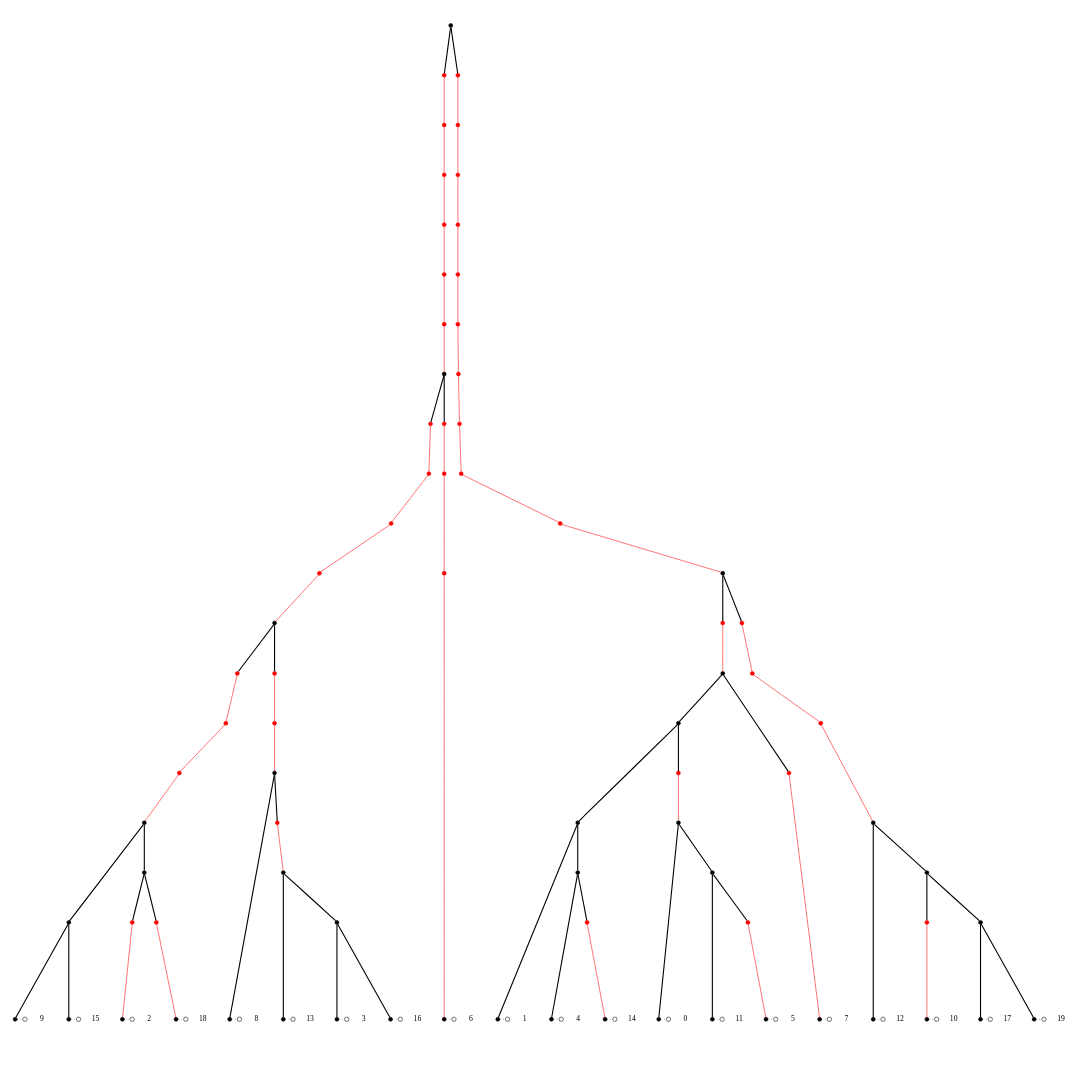
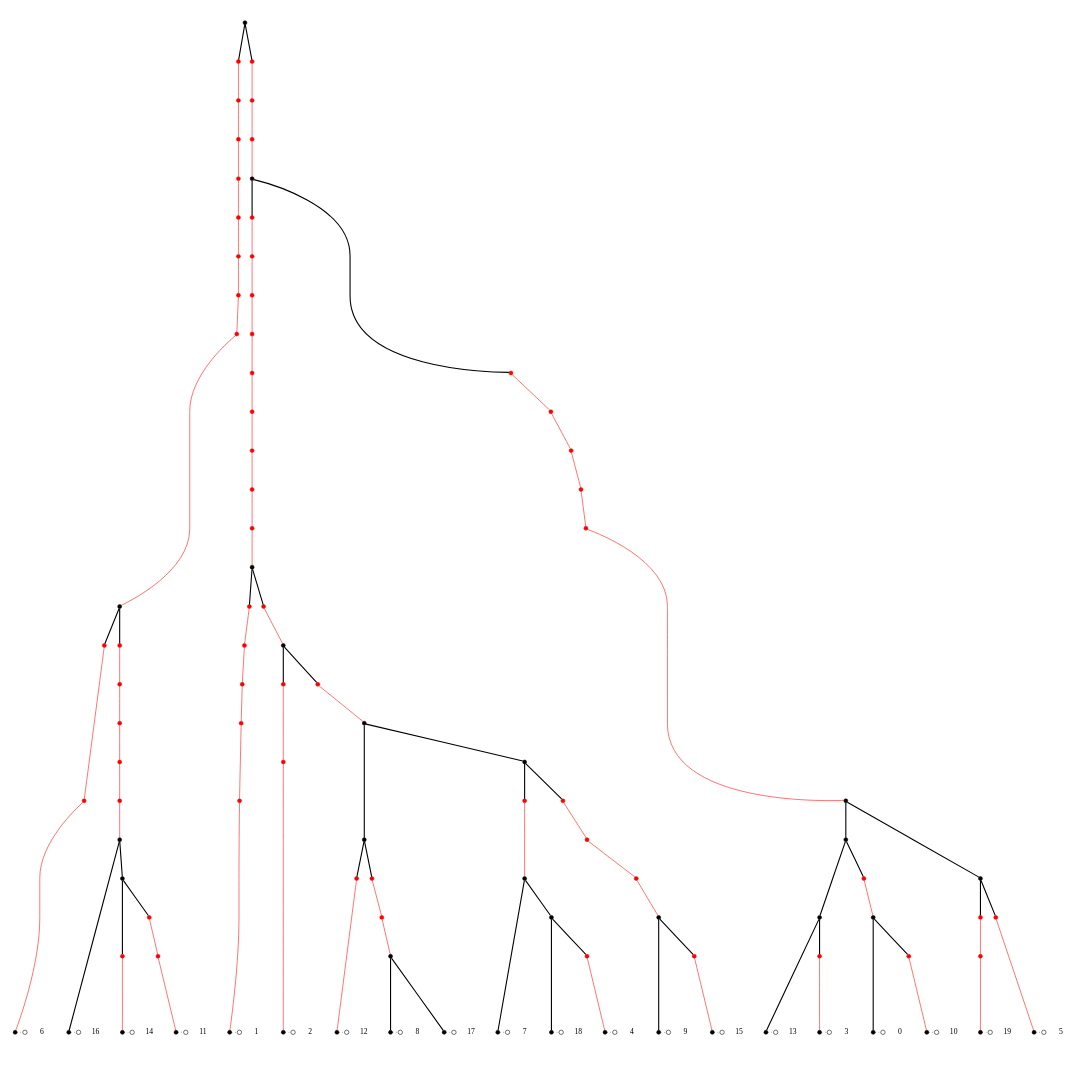
The diagram in raw_data/testAlignments2/SimBac_20_1300_0_0.01_0.01_NA_NA_NA_external_3/ancestralRecombinationGraph.gv (caitlinch/treelikeness), drawn with Graphviz before and after one commit. The commit also changed 8883 other files, not shown here.

```diff
--- a/raw_data/testAlignments2/SimBac_20_1300_0_0.01_0.01_NA_NA_NA_external_3/ancestralRecombinationGraph.gv
+++ b/raw_data/testAlignments2/SimBac_20_1300_0_0.01_0.01_NA_NA_NA_external_3/ancestralRecombinationGraph.gv
@@ -2,220 +2,258 @@
 edge[arrowhead=none];
 {rank=same;1[shape=point] 2[shape=point] 3[shape=point] 4[shape=point] 5[shape=point] 6[shape=point] 7[shape=point] 8[shape=point] 9[shape=point] 10[shape=point] 11[shape=point] 12[shape=point] 13[shape=point] 14[shape=point] 15[shape=point] 16[shape=point] 17[shape=point] 18[shape=point] 19[shape=point] 20[shape=point] }
 1[shape=point,width=0.10,height=0.10]
-1->80[style=dotted,arrowhead=odot,arrowsize=1];
-80[shape=plaintext,label="0"];
-{rank=same; 1;80}
+1->99[style=dotted,arrowhead=odot,arrowsize=1];
+99[shape=plaintext,label="0"];
+{rank=same; 1;99}
 2[shape=point,width=0.10,height=0.10]
-2->81[style=dotted,arrowhead=odot,arrowsize=1];
-81[shape=plaintext,label="1"];
-{rank=same; 2;81}
+2->100[style=dotted,arrowhead=odot,arrowsize=1];
+100[shape=plaintext,label="1"];
+{rank=same; 2;100}
 3[shape=point,width=0.10,height=0.10]
-3->82[style=dotted,arrowhead=odot,arrowsize=1];
-82[shape=plaintext,label="2"];
-{rank=same; 3;82}
+3->101[style=dotted,arrowhead=odot,arrowsize=1];
+101[shape=plaintext,label="2"];
+{rank=same; 3;101}
 4[shape=point,width=0.10,height=0.10]
-4->83[style=dotted,arrowhead=odot,arrowsize=1];
-83[shape=plaintext,label="3"];
-{rank=same; 4;83}
+4->102[style=dotted,arrowhead=odot,arrowsize=1];
+102[shape=plaintext,label="3"];
+{rank=same; 4;102}
 5[shape=point,width=0.10,height=0.10]
-5->84[style=dotted,arrowhead=odot,arrowsize=1];
-84[shape=plaintext,label="4"];
-{rank=same; 5;84}
+5->103[style=dotted,arrowhead=odot,arrowsize=1];
+103[shape=plaintext,label="4"];
+{rank=same; 5;103}
 6[shape=point,width=0.10,height=0.10]
-6->85[style=dotted,arrowhead=odot,arrowsize=1];
-85[shape=plaintext,label="5"];
-{rank=same; 6;85}
+6->104[style=dotted,arrowhead=odot,arrowsize=1];
+104[shape=plaintext,label="5"];
+{rank=same; 6;104}
 7[shape=point,width=0.10,height=0.10]
-7->86[style=dotted,arrowhead=odot,arrowsize=1];
-86[shape=plaintext,label="6"];
-{rank=same; 7;86}
+7->105[style=dotted,arrowhead=odot,arrowsize=1];
+105[shape=plaintext,label="6"];
+{rank=same; 7;105}
 8[shape=point,width=0.10,height=0.10]
-8->87[style=dotted,arrowhead=odot,arrowsize=1];
-87[shape=plaintext,label="7"];
-{rank=same; 8;87}
+8->106[style=dotted,arrowhead=odot,arrowsize=1];
+106[shape=plaintext,label="7"];
+{rank=same; 8;106}
 9[shape=point,width=0.10,height=0.10]
-9->88[style=dotted,arrowhead=odot,arrowsize=1];
-88[shape=plaintext,label="8"];
-{rank=same; 9;88}
+9->107[style=dotted,arrowhead=odot,arrowsize=1];
+107[shape=plaintext,label="8"];
+{rank=same; 9;107}
 10[shape=point,width=0.10,height=0.10]
-10->89[style=dotted,arrowhead=odot,arrowsize=1];
-89[shape=plaintext,label="9"];
-{rank=same; 10;89}
+10->108[style=dotted,arrowhead=odot,arrowsize=1];
+108[shape=plaintext,label="9"];
+{rank=same; 10;108}
 11[shape=point,width=0.10,height=0.10]
-11->90[style=dotted,arrowhead=odot,arrowsize=1];
-90[shape=plaintext,label="10"];
-{rank=same; 11;90}
+11->109[style=dotted,arrowhead=odot,arrowsize=1];
+109[shape=plaintext,label="10"];
+{rank=same; 11;109}
 12[shape=point,width=0.10,height=0.10]
-12->91[style=dotted,arrowhead=odot,arrowsize=1];
-91[shape=plaintext,label="11"];
-{rank=same; 12;91}
+12->110[style=dotted,arrowhead=odot,arrowsize=1];
+110[shape=plaintext,label="11"];
+{rank=same; 12;110}
 13[shape=point,width=0.10,height=0.10]
-13->92[style=dotted,arrowhead=odot,arrowsize=1];
-92[shape=plaintext,label="12"];
-{rank=same; 13;92}
+13->111[style=dotted,arrowhead=odot,arrowsize=1];
+111[shape=plaintext,label="12"];
+{rank=same; 13;111}
 14[shape=point,width=0.10,height=0.10]
-14->93[style=dotted,arrowhead=odot,arrowsize=1];
-93[shape=plaintext,label="13"];
-{rank=same; 14;93}
+14->112[style=dotted,arrowhead=odot,arrowsize=1];
+112[shape=plaintext,label="13"];
+{rank=same; 14;112}
 15[shape=point,width=0.10,height=0.10]
-15->94[style=dotted,arrowhead=odot,arrowsize=1];
-94[shape=plaintext,label="14"];
-{rank=same; 15;94}
+15->113[style=dotted,arrowhead=odot,arrowsize=1];
+113[shape=plaintext,label="14"];
+{rank=same; 15;113}
 16[shape=point,width=0.10,height=0.10]
-16->95[style=dotted,arrowhead=odot,arrowsize=1];
-95[shape=plaintext,label="15"];
-{rank=same; 16;95}
+16->114[style=dotted,arrowhead=odot,arrowsize=1];
+114[shape=plaintext,label="15"];
+{rank=same; 16;114}
 17[shape=point,width=0.10,height=0.10]
-17->96[style=dotted,arrowhead=odot,arrowsize=1];
-96[shape=plaintext,label="16"];
-{rank=same; 17;96}
+17->115[style=dotted,arrowhead=odot,arrowsize=1];
+115[shape=plaintext,label="16"];
+{rank=same; 17;115}
 18[shape=point,width=0.10,height=0.10]
-18->97[style=dotted,arrowhead=odot,arrowsize=1];
-97[shape=plaintext,label="17"];
-{rank=same; 18;97}
+18->116[style=dotted,arrowhead=odot,arrowsize=1];
+116[shape=plaintext,label="17"];
+{rank=same; 18;116}
 19[shape=point,width=0.10,height=0.10]
-19->98[style=dotted,arrowhead=odot,arrowsize=1];
-98[shape=plaintext,label="18"];
-{rank=same; 19;98}
+19->117[style=dotted,arrowhead=odot,arrowsize=1];
+117[shape=plaintext,label="18"];
+{rank=same; 19;117}
 20[shape=point,width=0.10,height=0.10]
-20->99[style=dotted,arrowhead=odot,arrowsize=1];
-99[shape=plaintext,label="19"];
-{rank=same; 20;99}
+20->118[style=dotted,arrowhead=odot,arrowsize=1];
+118[shape=plaintext,label="19"];
+{rank=same; 20;118}
 21[shape=point,width=0.10,height=0.10,color=red]
-22[shape=point,width=0.10,height=0.10]
-23[shape=point,width=0.10,height=0.10,color=red]
+22[shape=point,width=0.10,height=0.10,color=red]
+23[shape=point,width=0.10,height=0.10]
 24[shape=point,width=0.10,height=0.10,color=red]
 25[shape=point,width=0.10,height=0.10]
-26[shape=point,width=0.10,height=0.10]
+26[shape=point,width=0.10,height=0.10,color=red]
 27[shape=point,width=0.10,height=0.10,color=red]
-28[shape=point,width=0.10,height=0.10,color=red]
+28[shape=point,width=0.10,height=0.10]
 29[shape=point,width=0.10,height=0.10]
-30[shape=point,width=0.10,height=0.10]
-31[shape=point,width=0.10,height=0.10]
-32[shape=point,width=0.10,height=0.10]
-33[shape=point,width=0.10,height=0.10,color=red]
-34[shape=point,width=0.10,height=0.10]
-35[shape=point,width=0.10,height=0.10]
+30[shape=point,width=0.10,height=0.10,color=red]
+31[shape=point,width=0.10,height=0.10,color=red]
+32[shape=point,width=0.10,height=0.10,color=red]
+33[shape=point,width=0.10,height=0.10]
+34[shape=point,width=0.10,height=0.10,color=red]
+35[shape=point,width=0.10,height=0.10,color=red]
 36[shape=point,width=0.10,height=0.10,color=red]
-37[shape=point,width=0.10,height=0.10]
-38[shape=point,width=0.10,height=0.10]
-39[shape=point,width=0.10,height=0.10,color=red]
+37[shape=point,width=0.10,height=0.10,color=red]
+38[shape=point,width=0.10,height=0.10,color=red]
+39[shape=point,width=0.10,height=0.10]
 40[shape=point,width=0.10,height=0.10,color=red]
 41[shape=point,width=0.10,height=0.10,color=red]
-42[shape=point,width=0.10,height=0.10]
+42[shape=point,width=0.10,height=0.10,color=red]
 43[shape=point,width=0.10,height=0.10,color=red]
 44[shape=point,width=0.10,height=0.10]
 45[shape=point,width=0.10,height=0.10,color=red]
-46[shape=point,width=0.10,height=0.10]
+46[shape=point,width=0.10,height=0.10,color=red]
 47[shape=point,width=0.10,height=0.10,color=red]
-48[shape=point,width=0.10,height=0.10]
+48[shape=point,width=0.10,height=0.10,color=red]
 49[shape=point,width=0.10,height=0.10,color=red]
-50[shape=point,width=0.10,height=0.10,color=red]
-51[shape=point,width=0.10,height=0.10,color=red]
+50[shape=point,width=0.10,height=0.10]
+51[shape=point,width=0.10,height=0.10]
 52[shape=point,width=0.10,height=0.10]
-53[shape=point,width=0.10,height=0.10,color=red]
-54[shape=point,width=0.10,height=0.10,color=red]
+53[shape=point,width=0.10,height=0.10]
+54[shape=point,width=0.10,height=0.10]
 55[shape=point,width=0.10,height=0.10,color=red]
 56[shape=point,width=0.10,height=0.10,color=red]
 57[shape=point,width=0.10,height=0.10,color=red]
 58[shape=point,width=0.10,height=0.10,color=red]
 59[shape=point,width=0.10,height=0.10,color=red]
-60[shape=point,width=0.10,height=0.10,color=red]
-61[shape=point,width=0.10,height=0.10]
-62[shape=point,width=0.10,height=0.10]
-63[shape=point,width=0.10,height=0.10,color=red]
+60[shape=point,width=0.10,height=0.10]
+61[shape=point,width=0.10,height=0.10,color=red]
+62[shape=point,width=0.10,height=0.10,color=red]
+63[shape=point,width=0.10,height=0.10]
 64[shape=point,width=0.10,height=0.10,color=red]
 65[shape=point,width=0.10,height=0.10,color=red]
 66[shape=point,width=0.10,height=0.10,color=red]
-67[shape=point,width=0.10,height=0.10,color=red]
+67[shape=point,width=0.10,height=0.10]
 68[shape=point,width=0.10,height=0.10,color=red]
 69[shape=point,width=0.10,height=0.10,color=red]
-70[shape=point,width=0.10,height=0.10,color=red]
+70[shape=point,width=0.10,height=0.10]
 71[shape=point,width=0.10,height=0.10,color=red]
 72[shape=point,width=0.10,height=0.10,color=red]
 73[shape=point,width=0.10,height=0.10,color=red]
-74[shape=point,width=0.10,height=0.10,color=red]
+74[shape=point,width=0.10,height=0.10]
 75[shape=point,width=0.10,height=0.10,color=red]
 76[shape=point,width=0.10,height=0.10,color=red]
 77[shape=point,width=0.10,height=0.10,color=red]
 78[shape=point,width=0.10,height=0.10,color=red]
-79[shape=point,width=0.10,height=0.10]
-42 -> 1[style=bold]
-38 -> 2[style=bold]
-27 -> 3[color=red]
-25 -> 4[style=bold]
-37 -> 5[style=bold]
-24 -> 6[color=red]
-57 -> 7[color=red]
-45 -> 8[color=red]
-35 -> 9[style=bold]
-22 -> 10[style=bold]
-23 -> 11[color=red]
-30 -> 12[style=bold]
-46 -> 13[style=bold]
-29 -> 14[style=bold]
+79[shape=point,width=0.10,height=0.10,color=red]
+80[shape=point,width=0.10,height=0.10,color=red]
+81[shape=point,width=0.10,height=0.10,color=red]
+82[shape=point,width=0.10,height=0.10,color=red]
+83[shape=point,width=0.10,height=0.10,color=red]
+84[shape=point,width=0.10,height=0.10,color=red]
+85[shape=point,width=0.10,height=0.10,color=red]
+86[shape=point,width=0.10,height=0.10,color=red]
+87[shape=point,width=0.10,height=0.10,color=red]
+88[shape=point,width=0.10,height=0.10,color=red]
+89[shape=point,width=0.10,height=0.10,color=red]
+90[shape=point,width=0.10,height=0.10,color=red]
+91[shape=point,width=0.10,height=0.10,color=red]
+92[shape=point,width=0.10,height=0.10,color=red]
+93[shape=point,width=0.10,height=0.10]
+94[shape=point,width=0.10,height=0.10,color=red]
+95[shape=point,width=0.10,height=0.10,color=red]
+96[shape=point,width=0.10,height=0.10,color=red]
+97[shape=point,width=0.10,height=0.10,color=red]
+98[shape=point,width=0.10,height=0.10]
+33 -> 1[style=bold]
+27 -> 2[color=red]
+41 -> 3[color=red]
+36 -> 4[color=red]
+22 -> 5[color=red]
+59 -> 6[color=red]
+34 -> 7[color=red]
+29 -> 8[style=bold]
+23 -> 9[style=bold]
+28 -> 10[style=bold]
+31 -> 11[color=red]
+37 -> 12[color=red]
+38 -> 13[color=red]
+39 -> 14[style=bold]
 21 -> 15[color=red]
-22 -> 16[style=bold]
-25 -> 17[style=bold]
-26 -> 18[style=bold]
-28 -> 19[color=red]
-26 -> 20[style=bold]
-37 -> 21[style=bold]
-34 -> 22[style=bold]
-31 -> 23[style=bold]
-30 -> 24[style=bold]
+26 -> 16[color=red]
+53 -> 17[style=bold]
+23 -> 18[style=bold]
+25 -> 19[style=bold]
+35 -> 20[color=red]
+52 -> 21[style=bold]
+25 -> 22[style=bold]
+24 -> 23[color=red]
+46 -> 24[color=red]
 29 -> 25[style=bold]
-31 -> 26[style=bold]
-32 -> 27[style=bold]
-32 -> 28[style=bold]
-33 -> 29[color=red]
-42 -> 30[style=bold]
-46 -> 31[style=bold]
-34 -> 32[style=bold]
-35 -> 33[style=bold]
-39 -> 34[color=red]
-36 -> 35[color=red]
-47 -> 36[color=red]
-38 -> 37[style=bold]
-44 -> 38[style=bold]
-40 -> 39[color=red]
-41 -> 40[color=red]
-52 -> 41[style=bold]
-43 -> 42[color=red]
-44 -> 43[style=bold]
-48 -> 44[style=bold]
-48 -> 45[style=bold]
-49 -> 46[color=red]
+28 -> 26[style=bold]
+49 -> 27[color=red]
+32 -> 28[color=red]
+30 -> 29[color=red]
+51 -> 30[style=bold]
+33 -> 31[style=bold]
+45 -> 32[color=red]
+40 -> 33[color=red]
+55 -> 34[color=red]
+43 -> 35[color=red]
+39 -> 36[style=bold]
+47 -> 37[color=red]
+50 -> 38[style=bold]
+44 -> 39[style=bold]
+44 -> 40[style=bold]
+42 -> 41[color=red]
+60 -> 42[style=bold]
+63 -> 43[style=bold]
+74 -> 44[style=bold]
+48 -> 45[color=red]
+50 -> 46[style=bold]
 52 -> 47[style=bold]
-51 -> 48[color=red]
-50 -> 49[color=red]
-55 -> 50[color=red]
-62 -> 51[style=bold]
-53 -> 52[color=red]
-54 -> 53[color=red]
-56 -> 54[color=red]
-62 -> 55[style=bold]
-59 -> 56[color=red]
-58 -> 57[color=red]
-60 -> 58[color=red]
-61 -> 59[style=bold]
-61 -> 60[style=bold]
-64 -> 61[color=red]
-63 -> 62[color=red]
-65 -> 63[color=red]
-68 -> 64[color=red]
+51 -> 48[style=bold]
+61 -> 49[color=red]
+54 -> 50[style=bold]
+54 -> 51[style=bold]
+53 -> 52[style=bold]
+56 -> 53[color=red]
+57 -> 54[color=red]
+67 -> 55[style=bold]
+58 -> 56[color=red]
+60 -> 57[style=bold]
+64 -> 58[color=red]
+63 -> 59[style=bold]
+69 -> 60[color=red]
+62 -> 61[color=red]
+68 -> 62[color=red]
+74 -> 63[style=bold]
+65 -> 64[color=red]
 66 -> 65[color=red]
-67 -> 66[color=red]
-69 -> 67[color=red]
-72 -> 68[color=red]
-70 -> 69[color=red]
+67 -> 66[style=bold]
+72 -> 67[color=red]
+70 -> 68[style=bold]
+70 -> 69[style=bold]
 71 -> 70[color=red]
-74 -> 71[color=red]
-73 -> 72[color=red]
-76 -> 73[color=red]
-75 -> 74[color=red]
-78 -> 75[color=red]
+73 -> 71[color=red]
+76 -> 72[color=red]
+75 -> 73[color=red]
+78 -> 74[color=red]
+82 -> 75[color=red]
 77 -> 76[color=red]
-79 -> 77[style=bold]
-79 -> 78[style=bold]
+80 -> 77[color=red]
+79 -> 78[color=red]
+85 -> 79[color=red]
+81 -> 80[color=red]
+86 -> 81[color=red]
+83 -> 82[color=red]
+84 -> 83[color=red]
+88 -> 84[color=red]
+89 -> 85[color=red]
+87 -> 86[color=red]
+94 -> 87[color=red]
+90 -> 88[color=red]
+92 -> 89[color=red]
+91 -> 90[color=red]
+93 -> 91[style=bold]
+93 -> 92[style=bold]
+95 -> 93[color=red]
+98 -> 94[style=bold]
+96 -> 95[color=red]
+97 -> 96[color=red]
+98 -> 97[style=bold]
 }
```
